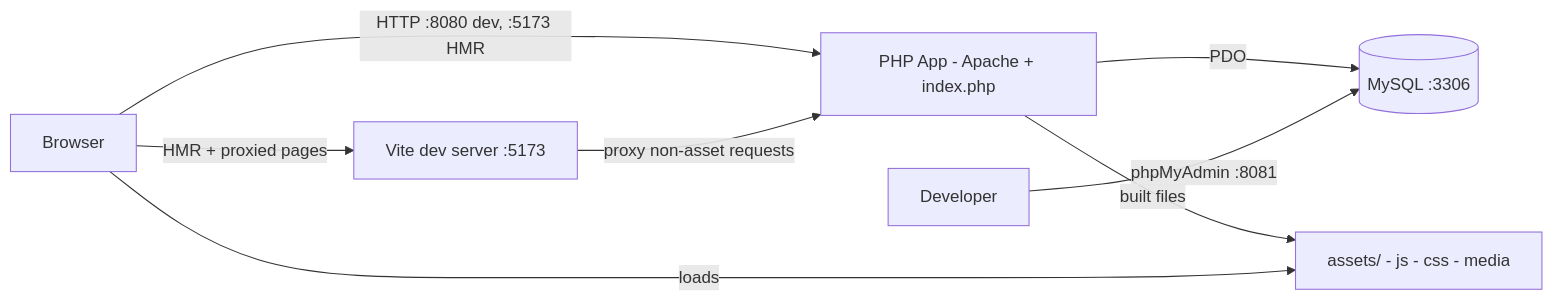
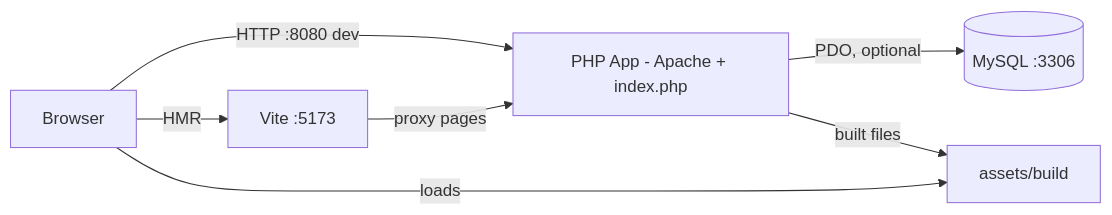
The first of 3 diagrams in documentation/docs/architecture.md (im4aLL/roolith-framework), drawn with Mermaid before and after one commit. The commit also changed other lines of this file and 25 other files, not shown here.

````diff
--- a/documentation/docs/architecture.md
+++ b/documentation/docs/architecture.md
@@ -27,10 +27,9 @@
 ```mermaid
 flowchart LR
-    Browser[Browser] -->|HTTP :8080 dev, :5173 HMR| PHPApp[PHP App - Apache + index.php]
-    Browser -->|HMR + proxied pages| Vite[Vite dev server :5173]
-    Vite -->|proxy non-asset requests| PHPApp
-    PHPApp -->|PDO| MySQL[(MySQL :3306)]
-    Dev[Developer] -->|phpMyAdmin :8081| MySQL
-    PHPApp -->|built files| Assets[assets/ - js - css - media]
+    Browser[Browser] -->|HTTP :8080 dev| PHPApp[PHP App - Apache + index.php]
+    Browser -->|HMR| Vite[Vite :5173]
+    Vite -->|proxy pages| PHPApp
+    PHPApp -->|PDO, optional| MySQL[(MySQL :3306)]
+    PHPApp -->|built files| Assets[assets/build]
     Browser -->|loads| Assets
 ```
````
